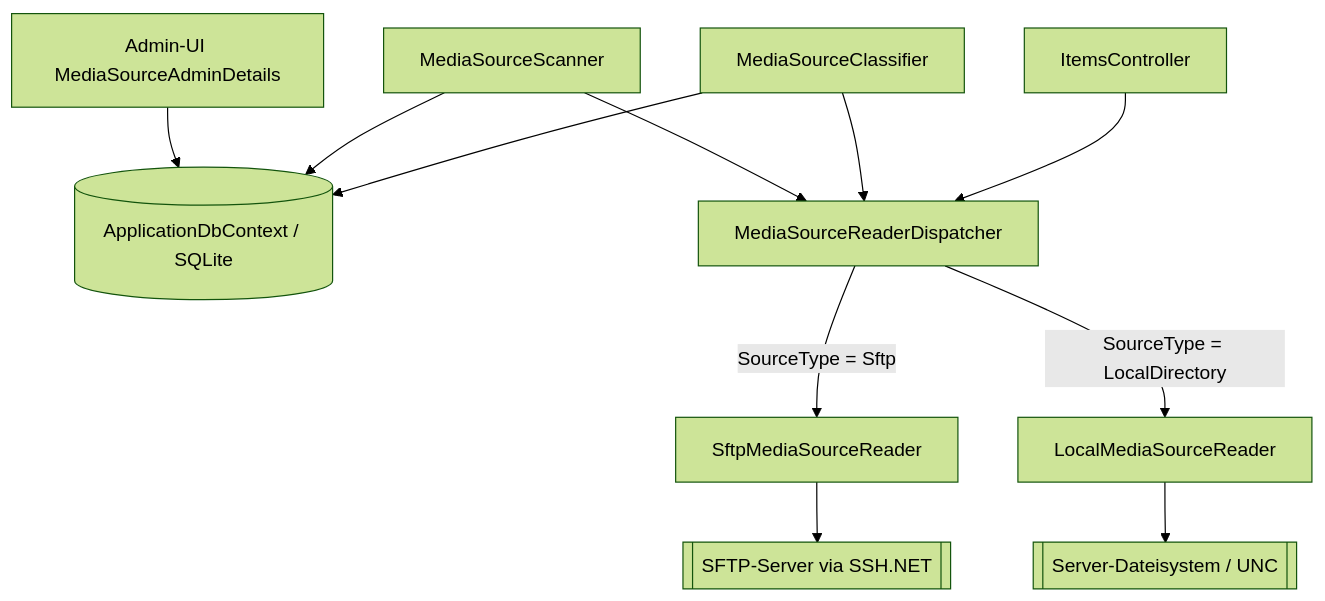
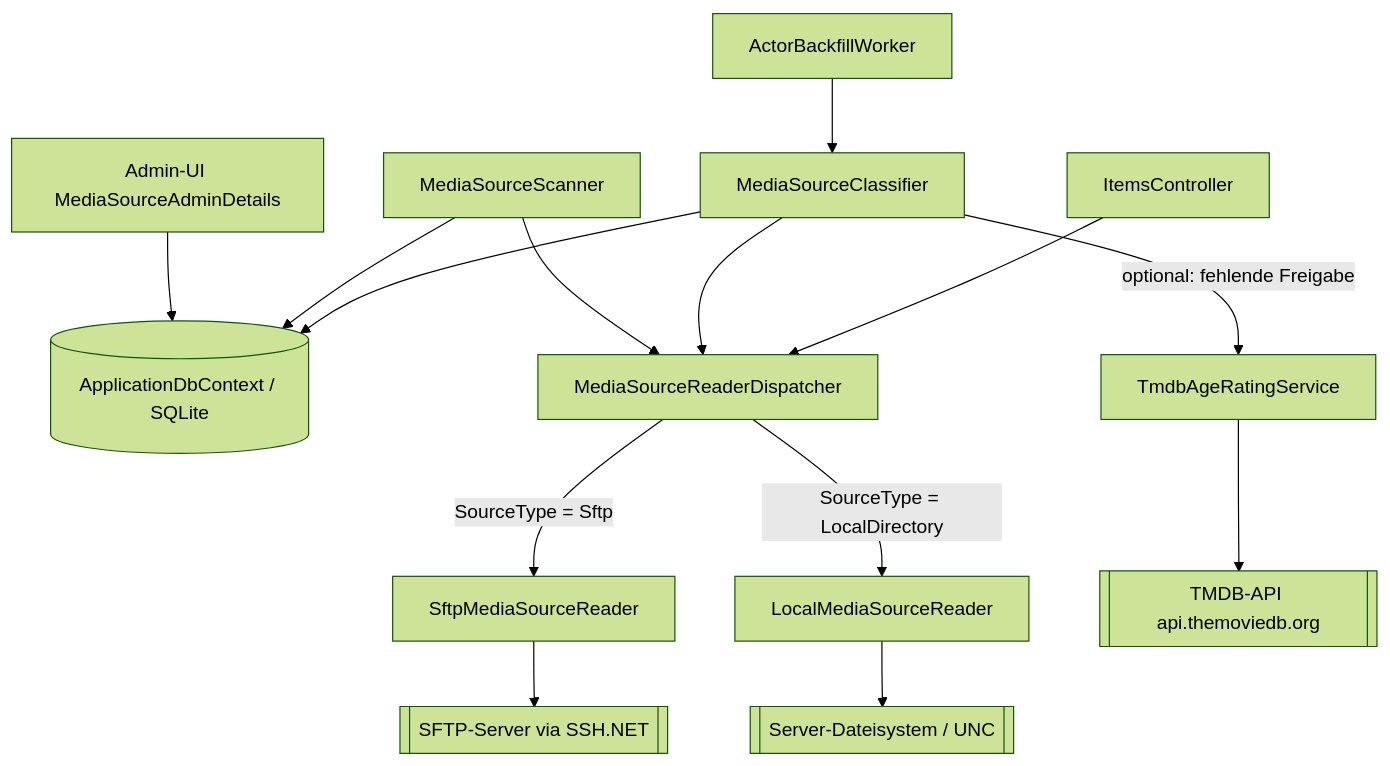
The diagram in docs/help/medienquellen/architektur.md (martin-stromberg/VideoPlayer), drawn with Mermaid (forest theme) before and after one commit. The commit also changed other lines of this file and 23 other files, not shown here.

````diff
--- a/docs/help/medienquellen/architektur.md
+++ b/docs/help/medienquellen/architektur.md
@@ -35,13 +42,16 @@
 ```mermaid
 graph TD
     UI[Admin-UI MediaSourceAdminDetails] --> DB[(ApplicationDbContext / SQLite)]
     Scanner[MediaSourceScanner] --> Disp[MediaSourceReaderDispatcher]
     Classifier[MediaSourceClassifier] --> Disp
     Items[ItemsController] --> Disp
     Disp -->|SourceType = Sftp| Sftp[SftpMediaSourceReader]
     Disp -->|SourceType = LocalDirectory| Local[LocalMediaSourceReader]
     Sftp --> SftpSrv[[SFTP-Server via SSH.NET]]
     Local --> FS[[Server-Dateisystem / UNC]]
+    Classifier -->|optional: fehlende Freigabe| TmdbSvc[TmdbAgeRatingService]
+    TmdbSvc --> TmdbApi[[TMDB-API api.themoviedb.org]]
+    Worker[ActorBackfillWorker] --> Classifier
     Scanner --> DB
     Classifier --> DB
 ```
````
